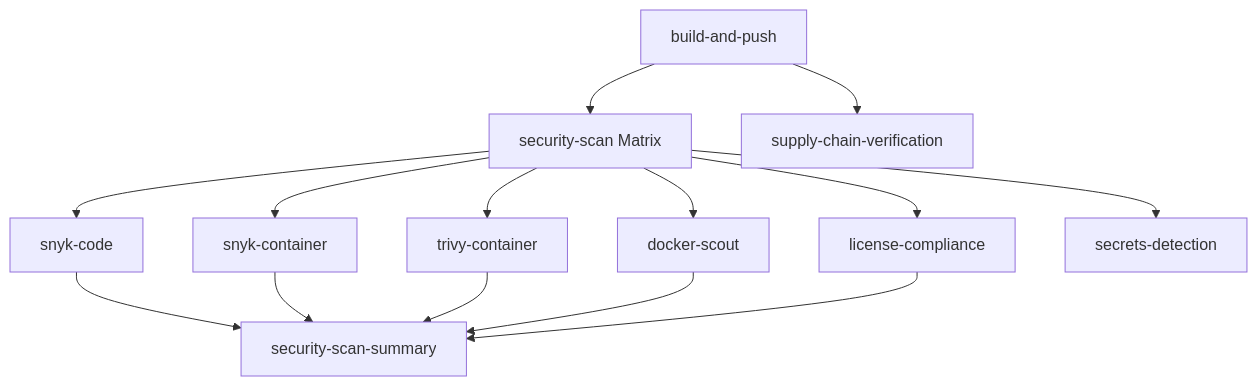
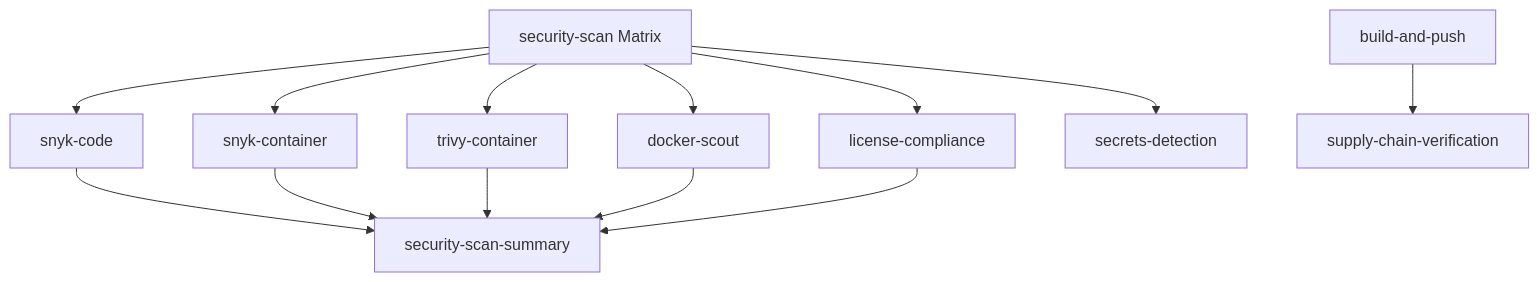
One commit to zx8086/authentication-v2 changed the diagram in docs/security/PARALLEL-SECURITY-SCANNING.md. Above: the diagram before and after it, drawn with Mermaid. The commit also changed other lines of this file and 15 other files, not shown here.

````diff
--- a/docs/security/PARALLEL-SECURITY-SCANNING.md
+++ b/docs/security/PARALLEL-SECURITY-SCANNING.md
@@ -100,16 +100,17 @@
 ```mermaid
 graph TD
-    A[build-and-push] --> B[security-scan Matrix]
+    A[build-and-push]
+    B[security-scan Matrix]
     B --> B1[snyk-code]
     B --> B2[snyk-container]
     B --> B3[trivy-container]
     B --> B4[docker-scout]
     B --> B5[license-compliance]
     B --> B6[secrets-detection]
     B1 --> C[security-scan-summary]
     B2 --> C
     B3 --> C
     B4 --> C
     B5 --> C
     A --> D[supply-chain-verification]
 ```
````
